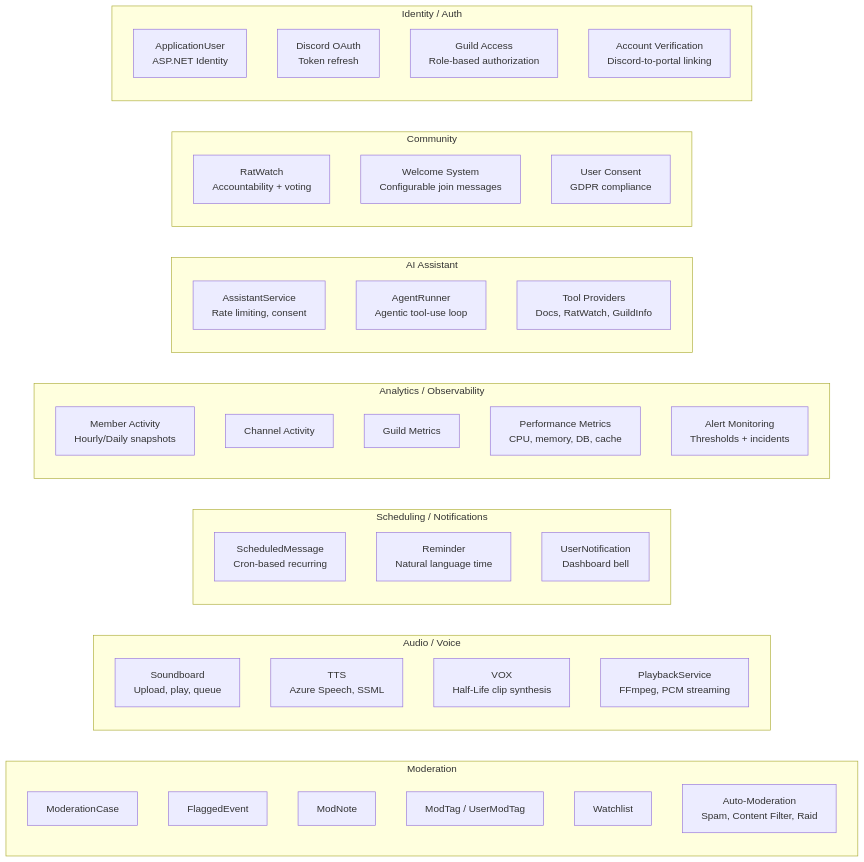
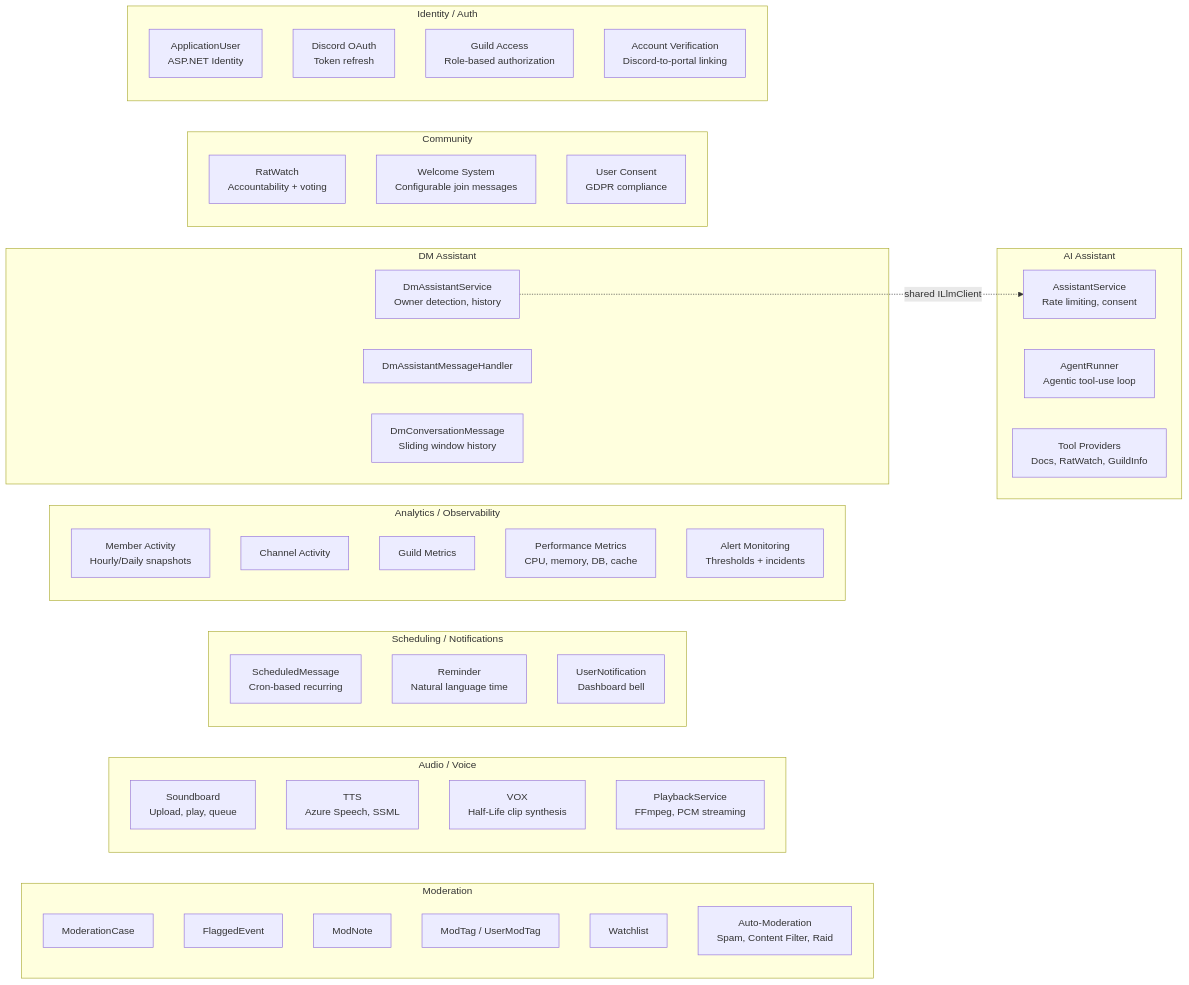
One commit to cpike5/discordbot changed the fourth of 13 diagrams in docs/architecture-diagrams.md. Above: the diagram before and after it, drawn with Mermaid. The commit also changed other lines of this file and 32 other files, not shown here.

````diff
--- a/docs/architecture-diagrams.md
+++ b/docs/architecture-diagrams.md
@@ -128,51 +128,59 @@
 ```mermaid
 flowchart LR
     subgraph moderation["Moderation"]
         modCase["ModerationCase"]
         flagged["FlaggedEvent"]
         modNote["ModNote"]
         modTag["ModTag / UserModTag"]
         watchlist["Watchlist"]
         autoMod["Auto-Moderation\nSpam, Content Filter, Raid"]
     end
 
     subgraph audio["Audio / Voice"]
         soundboard["Soundboard\nUpload, play, queue"]
         tts["TTS\nAzure Speech, SSML"]
         vox["VOX\nHalf-Life clip synthesis"]
         playback["PlaybackService\nFFmpeg, PCM streaming"]
     end
 
     subgraph scheduling["Scheduling / Notifications"]
         scheduled["ScheduledMessage\nCron-based recurring"]
         reminders["Reminder\nNatural language time"]
         notifications["UserNotification\nDashboard bell"]
     end
 
     subgraph analytics["Analytics / Observability"]
         memberAct["Member Activity\nHourly/Daily snapshots"]
         channelAct["Channel Activity"]
         guildMetrics["Guild Metrics"]
         perfMetrics["Performance Metrics\nCPU, memory, DB, cache"]
         alerts["Alert Monitoring\nThresholds + incidents"]
     end
 
     subgraph ai["AI Assistant"]
         assistant["AssistantService\nRate limiting, consent"]
         agent["AgentRunner\nAgentic tool-use loop"]
         tools["Tool Providers\nDocs, RatWatch, GuildInfo"]
     end
 
+    subgraph dmAssistant["DM Assistant"]
+        dmSvc["DmAssistantService\nOwner detection, history"]
+        dmHandler["DmAssistantMessageHandler"]
+        dmConvMsg["DmConversationMessage\nSliding window history"]
+    end
+
+    dmSvc -.->|"shared ILlmClient"| assistant
+
     subgraph community["Community"]
         ratwatch["RatWatch\nAccountability + voting"]
         welcome["Welcome System\nConfigurable join messages"]
         consent["User Consent\nGDPR compliance"]
     end
 
     subgraph identity["Identity / Auth"]
         appUser["ApplicationUser\nASP.NET Identity"]
         oauth["Discord OAuth\nToken refresh"]
         guildAccess["Guild Access\nRole-based authorization"]
         verify["Account Verification\nDiscord-to-portal linking"]
     end
 ```
````
